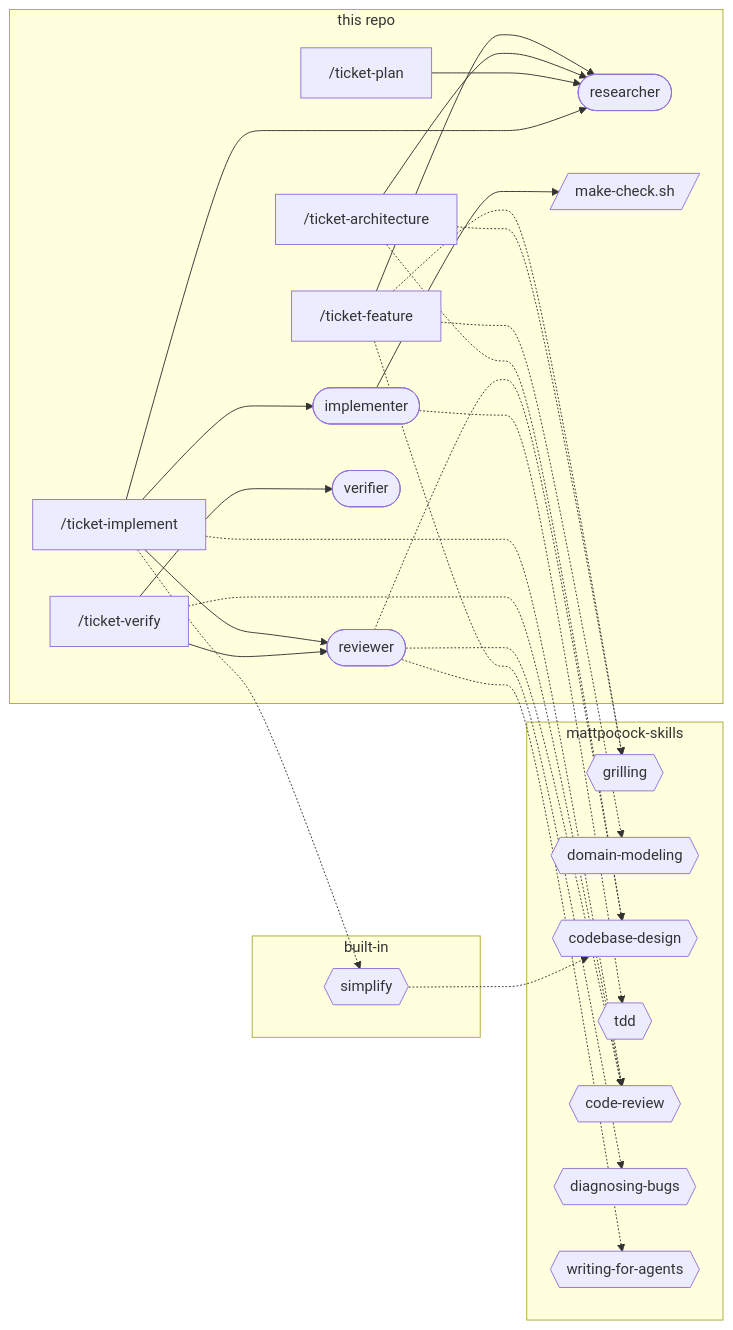
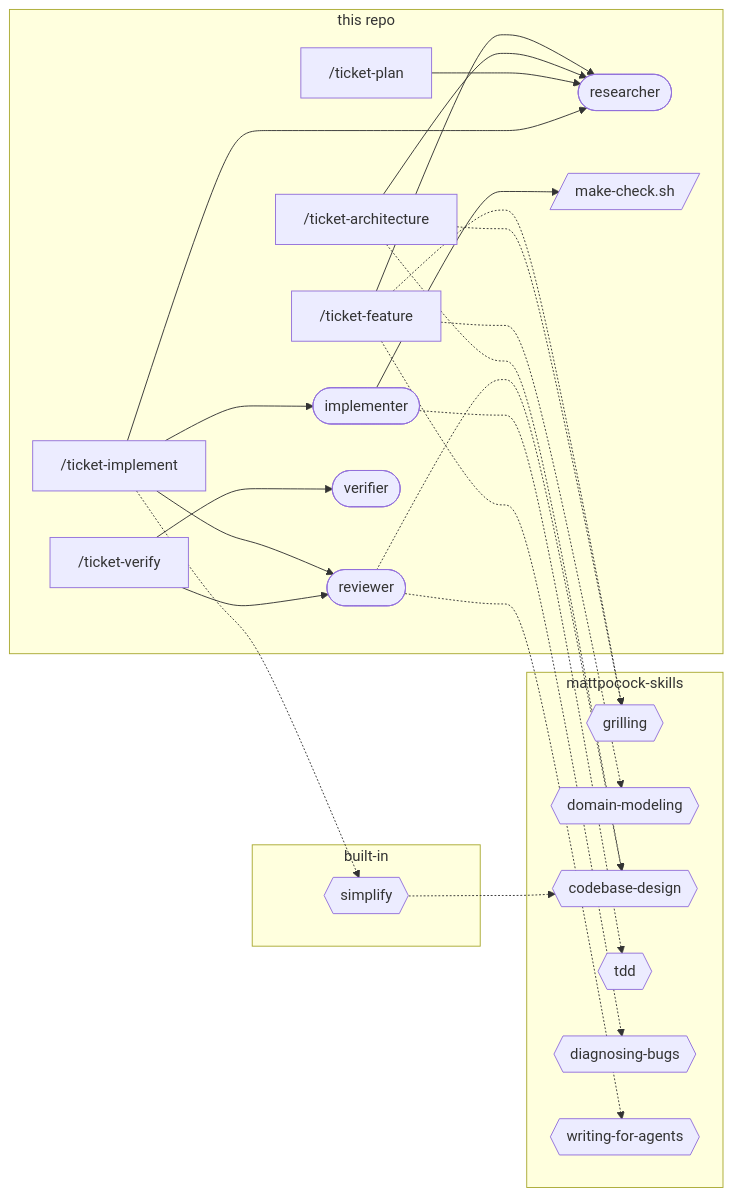
One commit to khotei/app-template changed the second of 3 diagrams in docs/knowledge/sdd.md. Above: the diagram before and after it, drawn with Mermaid. The commit also changed other lines of this file and 7 other files, not shown here.

````diff
--- a/docs/knowledge/sdd.md
+++ b/docs/knowledge/sdd.md
@@ -79,40 +81,38 @@
 ```mermaid
 graph LR
   subgraph ours [this repo]
     feature["/ticket-feature"]
     arch["/ticket-architecture"]
     plan["/ticket-plan"]
     impl["/ticket-implement"]
     verify["/ticket-verify"]
     researcher([researcher])
     implementer([implementer])
     reviewer([reviewer])
     verifier([verifier])
     hook[/make-check.sh/]
   end
   subgraph plugin [mattpocock-skills]
     grilling{{grilling}}
     modeling{{domain-modeling}}
     design{{codebase-design}}
     tdd{{tdd}}
-    review{{code-review}}
     diagnosing{{diagnosing-bugs}}
     writing{{writing-for-agents}}
   end
   subgraph builtin [built-in]
     simplify{{simplify}}
   end
   feature -.-> grilling & modeling & diagnosing
   feature --> researcher
   arch -.-> design & grilling
   arch --> researcher
   plan --> researcher
   impl --> implementer & reviewer & researcher
-  impl -.-> review & simplify
+  impl -.-> simplify
   simplify -.-> design
   implementer -.-> tdd
   implementer --> hook
   verify --> verifier & reviewer
-  verify -.-> review
-  reviewer -.-> review & design & writing
+  reviewer -.-> design & writing
 ```
````
